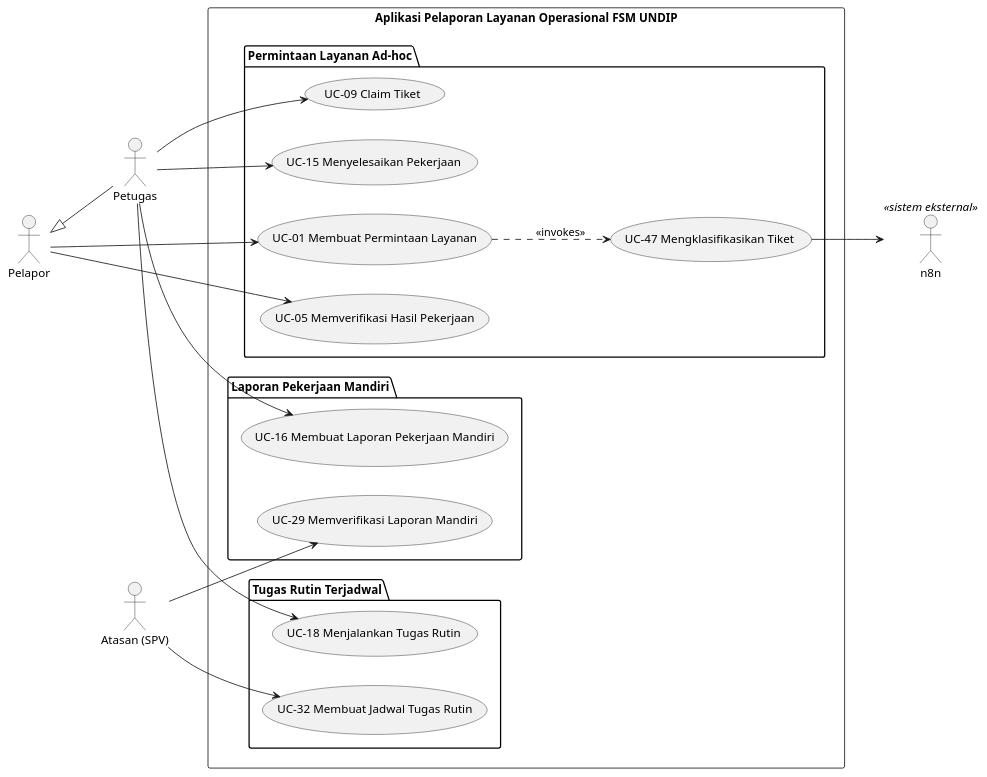
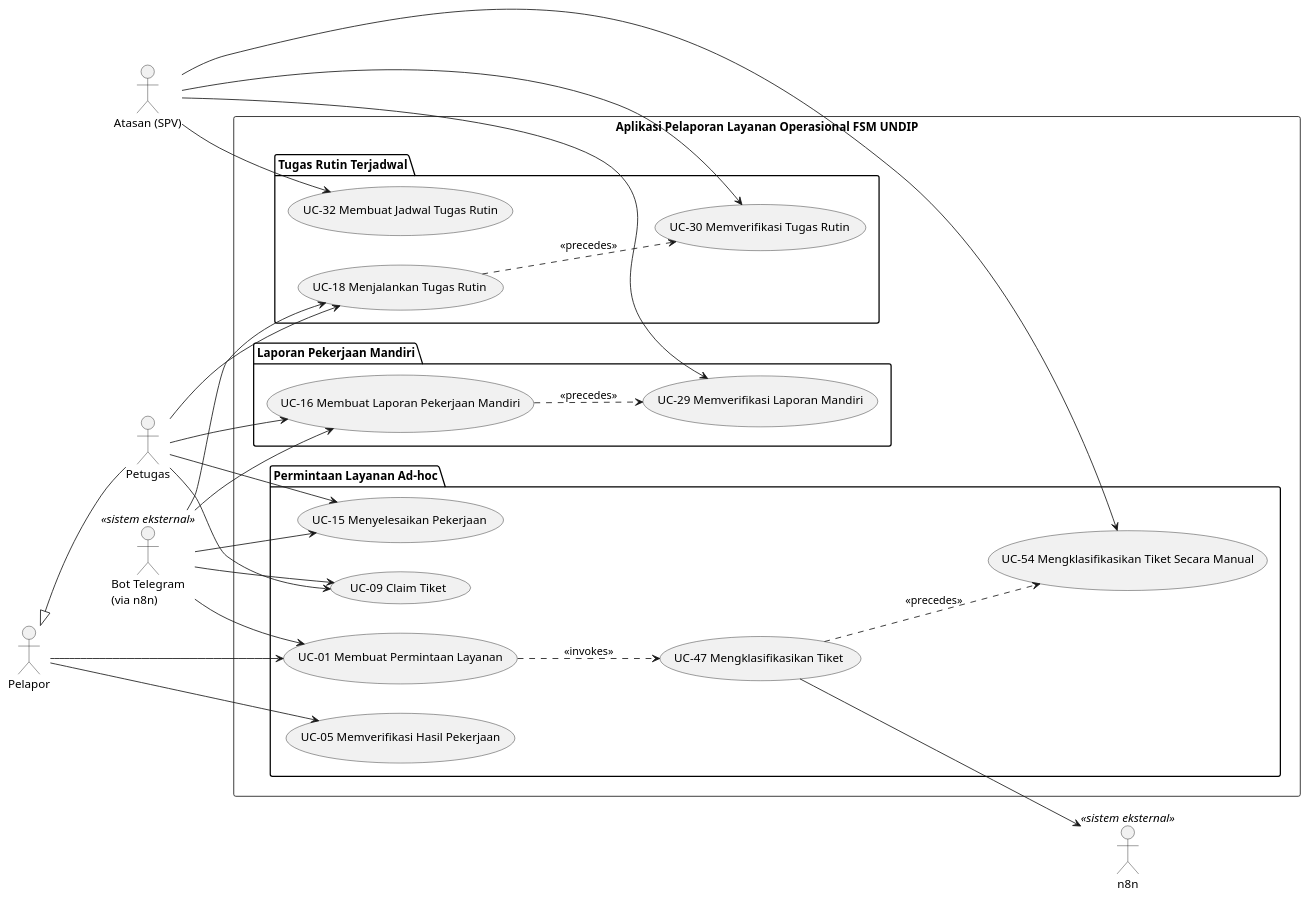
Before and after one commit to MohammadIzza/Pelaporan-Layanan-FSM-Iconix-SDD: the diagram in docs/requirements/use-case-inti.md, drawn with PlantUML. The commit also changed other lines of this file, not shown here.

First line of the commit message:
docs(usecase): perbarui draf 2 dengan 11 UC inti

````diff
--- a/docs/requirements/use-case-inti.md
+++ b/docs/requirements/use-case-inti.md
@@ -72,38 +116,51 @@
 ```plantuml
 @startuml
 left to right direction
 actor Pelapor
 actor Petugas
 actor "Atasan (SPV)" as Atasan
 actor "n8n" as N8N <<sistem eksternal>>
+actor "Bot Telegram\n(via n8n)" as TG <<sistem eksternal>>
 Pelapor <|-- Petugas
 
 rectangle "Aplikasi Pelaporan Layanan Operasional FSM UNDIP" {
   package "Permintaan Layanan Ad-hoc" {
     usecase "UC-01 Membuat Permintaan Layanan" as UC01
     usecase "UC-47 Mengklasifikasikan Tiket" as UC47
+    usecase "UC-54 Mengklasifikasikan Tiket Secara Manual" as UC54
     usecase "UC-09 Claim Tiket" as UC09
     usecase "UC-15 Menyelesaikan Pekerjaan" as UC15
     usecase "UC-05 Memverifikasi Hasil Pekerjaan" as UC05
   }
   package "Laporan Pekerjaan Mandiri" {
     usecase "UC-16 Membuat Laporan Pekerjaan Mandiri" as UC16
     usecase "UC-29 Memverifikasi Laporan Mandiri" as UC29
   }
   package "Tugas Rutin Terjadwal" {
     usecase "UC-32 Membuat Jadwal Tugas Rutin" as UC32
     usecase "UC-18 Menjalankan Tugas Rutin" as UC18
+    usecase "UC-30 Memverifikasi Tugas Rutin" as UC30
   }
 }
 Pelapor --> UC01
 Pelapor --> UC05
 UC01 ..> UC47 : <<invokes>>
 UC47 --> N8N
+UC47 ..> UC54 : <<precedes>>
+Atasan --> UC54
 Petugas --> UC09
 Petugas --> UC15
 Petugas --> UC16
 Petugas --> UC18
 Atasan --> UC29
+Atasan --> UC30
 Atasan --> UC32
+UC16 ..> UC29 : <<precedes>>
+UC18 ..> UC30 : <<precedes>>
+TG --> UC01
+TG --> UC09
+TG --> UC15
+TG --> UC16
+TG --> UC18
 @enduml
 ```
````
